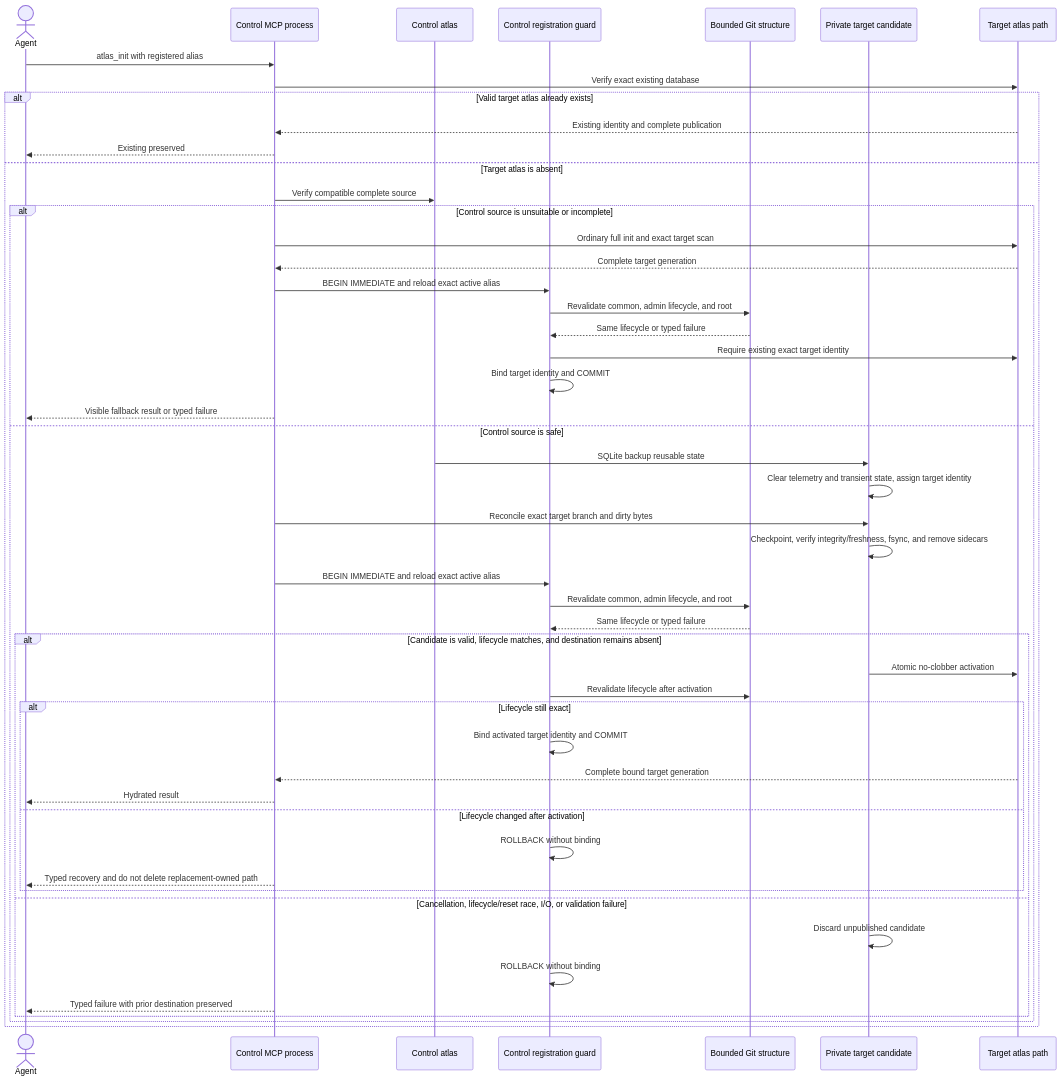
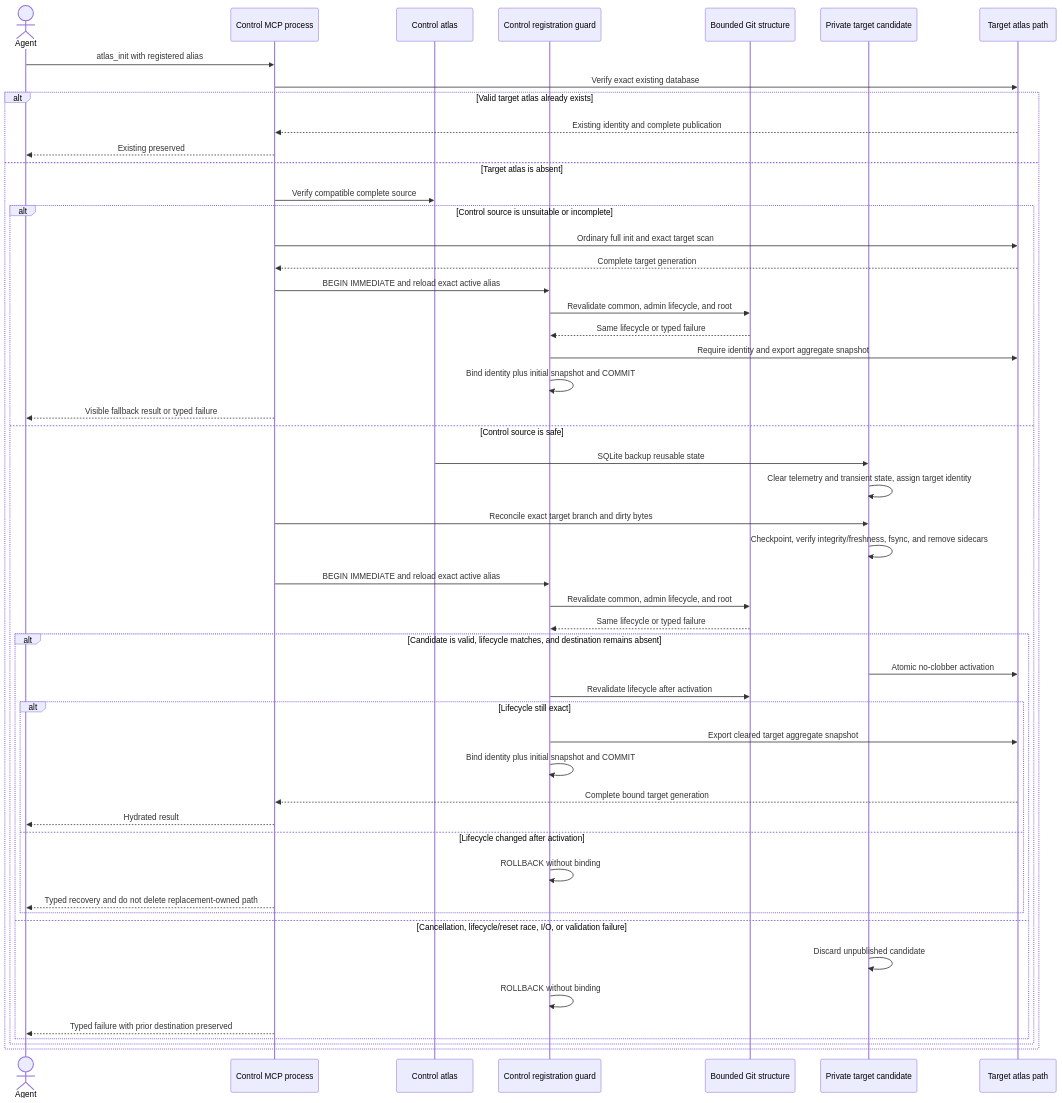
Before and after one commit to styler-ai/ProjectAtlas: the third of 6 diagrams in docs/worktree-lifecycle.md, drawn with Mermaid. The commit also changed other lines of this file and 5 other files, not shown here.

````diff
--- a/docs/worktree-lifecycle.md
+++ b/docs/worktree-lifecycle.md
@@ -115,53 +115,54 @@
 ```mermaid
 sequenceDiagram
     actor Agent
     participant MCP as Control MCP process
     participant Control as Control atlas
     participant Registry as Control registration guard
     participant Structure as Bounded Git structure
     participant Candidate as Private target candidate
     participant Target as Target atlas path
 
     Agent->>MCP: atlas_init with registered alias
     MCP->>Target: Verify exact existing database
     alt Valid target atlas already exists
         Target-->>MCP: Existing identity and complete publication
         MCP-->>Agent: Existing preserved
     else Target atlas is absent
         MCP->>Control: Verify compatible complete source
         alt Control source is unsuitable or incomplete
             MCP->>Target: Ordinary full init and exact target scan
             Target-->>MCP: Complete target generation
             MCP->>Registry: BEGIN IMMEDIATE and reload exact active alias
             Registry->>Structure: Revalidate common, admin lifecycle, and root
             Structure-->>Registry: Same lifecycle or typed failure
-            Registry->>Target: Require existing exact target identity
-            Registry->>Registry: Bind target identity and COMMIT
+            Registry->>Target: Require identity and export aggregate snapshot
+            Registry->>Registry: Bind identity plus initial snapshot and COMMIT
             MCP-->>Agent: Visible fallback result or typed failure
         else Control source is safe
             Control->>Candidate: SQLite backup reusable state
             Candidate->>Candidate: Clear telemetry and transient state, assign target identity
             MCP->>Candidate: Reconcile exact target branch and dirty bytes
             Candidate->>Candidate: Checkpoint, verify integrity/freshness, fsync, and remove sidecars
             MCP->>Registry: BEGIN IMMEDIATE and reload exact active alias
             Registry->>Structure: Revalidate common, admin lifecycle, and root
             Structure-->>Registry: Same lifecycle or typed failure
             alt Candidate is valid, lifecycle matches, and destination remains absent
                 Candidate->>Target: Atomic no-clobber activation
                 Registry->>Structure: Revalidate lifecycle after activation
                 alt Lifecycle still exact
-                    Registry->>Registry: Bind activated target identity and COMMIT
+                    Registry->>Target: Export cleared target aggregate snapshot
+                    Registry->>Registry: Bind identity plus initial snapshot and COMMIT
                     Target-->>MCP: Complete bound target generation
                     MCP-->>Agent: Hydrated result
                 else Lifecycle changed after activation
                     Registry->>Registry: ROLLBACK without binding
                     MCP-->>Agent: Typed recovery and do not delete replacement-owned path
                 end
             else Cancellation, lifecycle/reset race, I/O, or validation failure
                 Candidate->>Candidate: Discard unpublished candidate
                 Registry->>Registry: ROLLBACK without binding
                 MCP-->>Agent: Typed failure with prior destination preserved
             end
         end
     end
 ```
````
